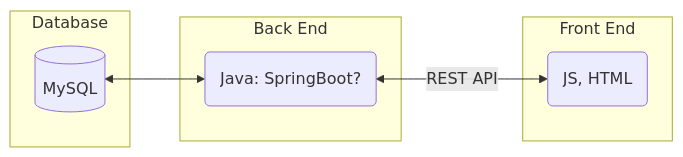
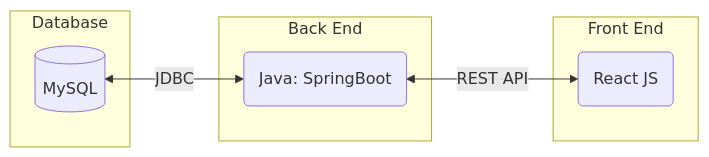
One commit to AlexanderMartens/asteroids-web-app changed the first of 2 diagrams in README.md. Above: the diagram before and after it, drawn with Mermaid. The commit also changed other lines of this file, not shown here.

Commit message:
Updated README.md to reflect our current architecture.

````diff
--- a/README.md
+++ b/README.md
@@ -29,17 +29,17 @@
 ```mermaid
 flowchart RL
 subgraph Front End
-	A(JS, HTML)
+	A(React JS)
 end
 	
 subgraph Back End
-	B(Java: SpringBoot?)
+	B(Java: SpringBoot)
 end
 	
 subgraph Database
 	C[(MySQL)]
 end
 
 A <-->|REST API| B
-B <--> C
+B <-->|JDBC| C
 ```
````
